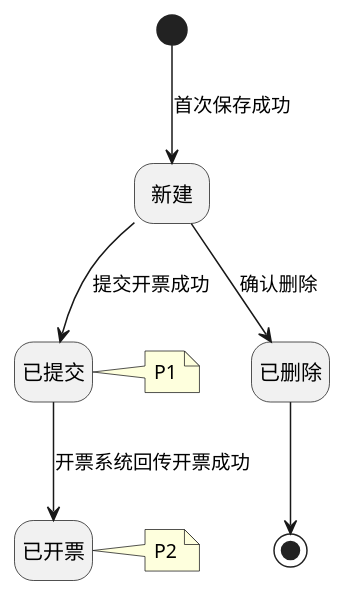
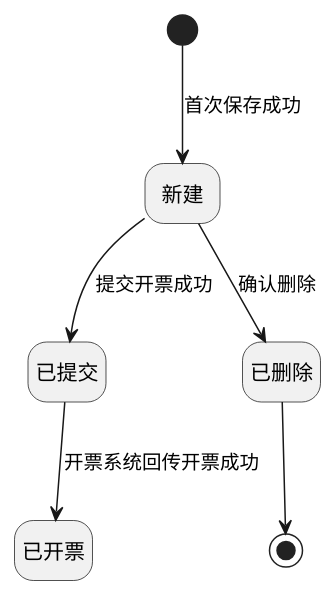
Before and after one commit to jack888332/projects-doc: the first of 2 diagrams in product-caliber/goldjet/segmented-prd/PRD.高捷物流系统一期.第028篇.财务结算-销项发票管理.DA6DFB99AE.md, drawn with PlantUML. The commit also changed other lines of this file and 24 other files, not shown here.

````diff
--- a/product-caliber/goldjet/segmented-prd/PRD.高捷物流系统一期.第028篇.财务结算-销项发票管理.DA6DFB99AE.md
+++ b/product-caliber/goldjet/segmented-prd/PRD.高捷物流系统一期.第028篇.财务结算-销项发票管理.DA6DFB99AE.md
@@ -566,17 +566,15 @@
 ```plantuml
 @startuml goldjet-state-028-invoice-application
 hide empty description
 state "新建" as New
 state "已提交" as Submitted
 state "已开票" as Issued
 state "已删除" as Deleted
 
 [*] --> New : 首次保存成功
 New --> Submitted : 提交开票成功
 Submitted --> Issued : 开票系统回传开票成功
 New --> Deleted : 确认删除
 Deleted --> [*]
-note right of Submitted : P1
-note right of Issued : P2
 @enduml
 ```
````
